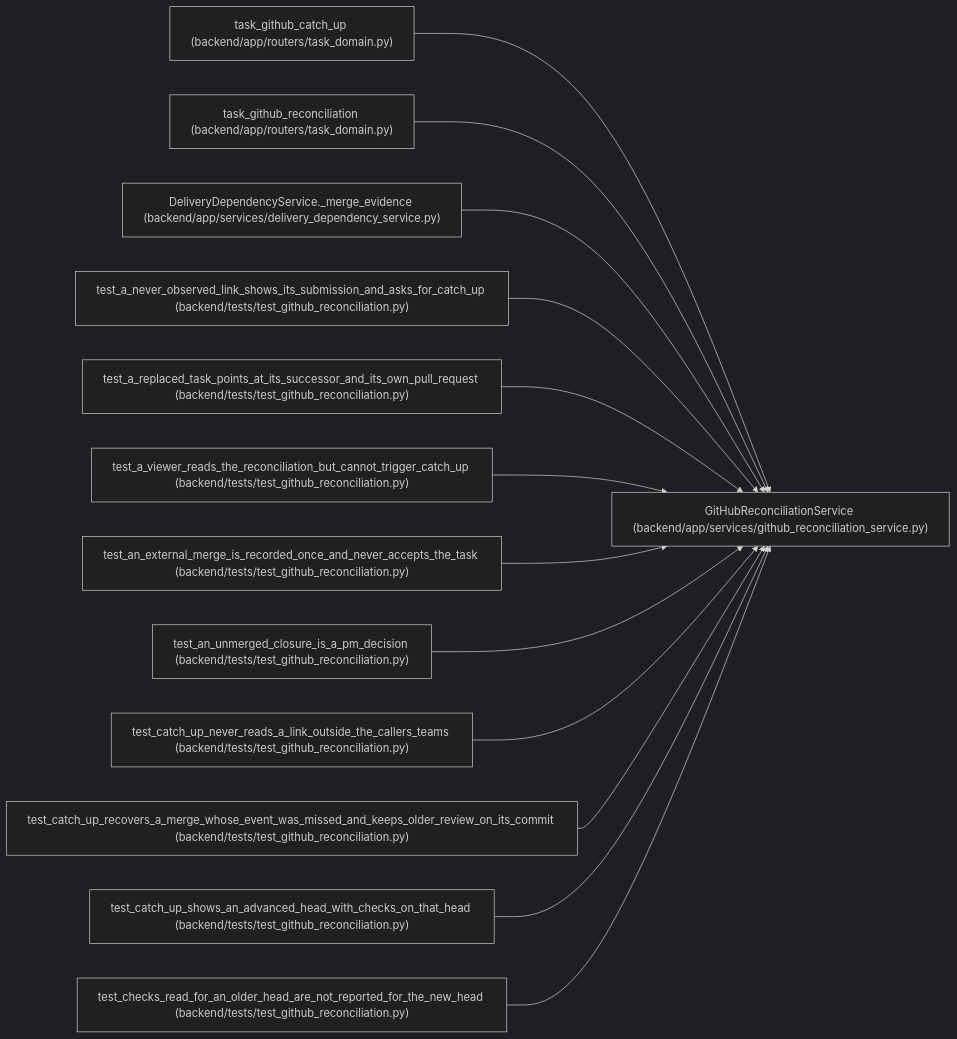
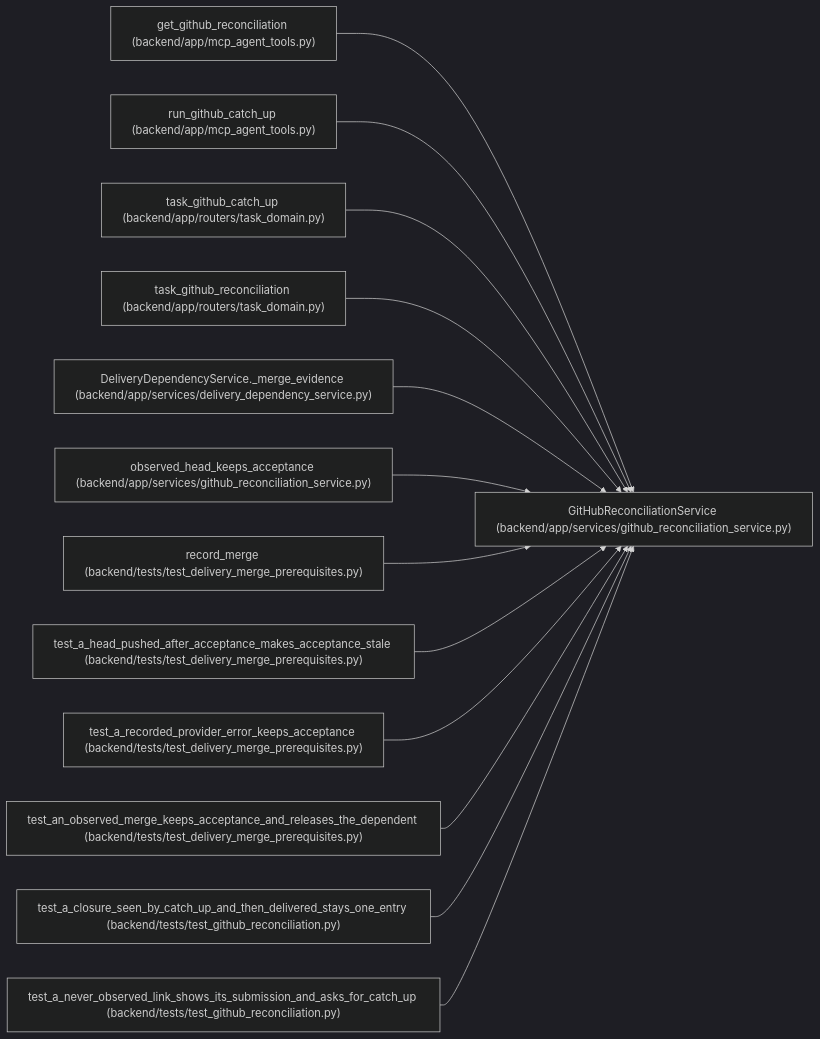
One commit to Denissvgn/WorkChord changed the diagram in docs/llm_wiki/entities/GitHubReconciliationService.md. Above: the diagram before and after it, drawn with Mermaid (dark theme). The commit also changed other lines of this file and 1420 other files, not shown here.

First line of the commit message:
Refresh the architectural wiki for the 1.10.0 changes

````diff
--- a/docs/llm_wiki/entities/GitHubReconciliationService.md
+++ b/docs/llm_wiki/entities/GitHubReconciliationService.md
@@ -32,41 +32,41 @@
 ```mermaid
 flowchart LR
     n0["GitHubReconciliationService (backend/app/services/github_reconciliation_service.py)"]
-    n1["task_github_catch_up (backend/app/routers/task_domain.py)"]
-    n2["task_github_reconciliation (backend/app/routers/task_domain.py)"]
-    n3["DeliveryDependencyService._merge_evidence (backend/app/services/delivery_dependency_service.py)"]
-    n4["test_a_never_observed_link_shows_its_submission_and_asks_for_catch_up (backend/tests/test_github_reconciliation.py)"]
-    n5["test_a_replaced_task_points_at_its_successor_and_its_own_pull_request (backend/tests/test_github_reconciliation.py)"]
-    n6["test_a_viewer_reads_the_reconciliation_but_cannot_trigger_catch_up (backend/tests/test_github_reconciliation.py)"]
-    n7["test_an_external_merge_is_recorded_once_and_never_accepts_the_task (backend/tests/test_github_reconciliation.py)"]
-    n8["test_an_unmerged_closure_is_a_pm_decision (backend/tests/test_github_reconciliation.py)"]
-    n9["test_catch_up_never_reads_a_link_outside_the_callers_teams (backend/tests/test_github_reconciliation.py)"]
-    n10["test_catch_up_recovers_a_merge_whose_event_was_missed_and_keeps_older_review_on_its_commit (backend/tests/test_github_reconciliation.py)"]
-    n11["test_catch_up_shows_an_advanced_head_with_checks_on_that_head (backend/tests/test_github_reconciliation.py)"]
-    n12["test_checks_read_for_an_older_head_are_not_reported_for_the_new_head (backend/tests/test_github_reconciliation.py)"]
+    n1["get_github_reconciliation (backend/app/mcp_agent_tools.py)"]
+    n2["run_github_catch_up (backend/app/mcp_agent_tools.py)"]
+    n3["task_github_catch_up (backend/app/routers/task_domain.py)"]
+    n4["task_github_reconciliation (backend/app/routers/task_domain.py)"]
+    n5["DeliveryDependencyService._merge_evidence (backend/app/services/delivery_dependency_service.py)"]
+    n6["observed_head_keeps_acceptance (backend/app/services/github_reconciliation_service.py)"]
+    n7["record_merge (backend/tests/test_delivery_merge_prerequisites.py)"]
+    n8["test_a_head_pushed_after_acceptance_makes_acceptance_stale (backend/tests/test_delivery_merge_prerequisites.py)"]
+    n9["test_a_recorded_provider_error_keeps_acceptance (backend/tests/test_delivery_merge_prerequisites.py)"]
+    n10["test_an_observed_merge_keeps_acceptance_and_releases_the_dependent (backend/tests/test_delivery_merge_prerequisites.py)"]
+    n11["test_a_closure_seen_by_catch_up_and_then_delivered_stays_one_entry (backend/tests/test_github_reconciliation.py)"]
+    n12["test_a_never_observed_link_shows_its_submission_and_asks_for_catch_up (backend/tests/test_github_reconciliation.py)"]
     n1 --> n0
     n2 --> n0
     n3 --> n0
     n4 --> n0
     n5 --> n0
     n6 --> n0
     n7 --> n0
     n8 --> n0
     n9 --> n0
     n10 --> n0
     n11 --> n0
     n12 --> n0
     click n0 "../modules/github_reconciliation_service.md"
-    click n1 "../modules/routers_task_domain.md"
-    click n2 "../modules/routers_task_domain.md"
-    click n3 "../modules/delivery_dependency_service.md"
-    click n4 "../modules/test_github_reconciliation.md"
-    click n5 "../modules/test_github_reconciliation.md"
-    click n6 "../modules/test_github_reconciliation.md"
-    click n7 "../modules/test_github_reconciliation.md"
-    click n8 "../modules/test_github_reconciliation.md"
-    click n9 "../modules/test_github_reconciliation.md"
-    click n10 "../modules/test_github_reconciliation.md"
+    click n1 "../modules/mcp_agent_tools.md"
+    click n2 "../modules/mcp_agent_tools.md"
+    click n3 "../modules/routers_task_domain.md"
+    click n4 "../modules/routers_task_domain.md"
+    click n5 "../modules/delivery_dependency_service.md"
+    click n6 "../modules/github_reconciliation_service.md"
+    click n7 "../modules/test_delivery_merge_prerequisites.md"
+    click n8 "../modules/test_delivery_merge_prerequisites.md"
+    click n9 "../modules/test_delivery_merge_prerequisites.md"
+    click n10 "../modules/test_delivery_merge_prerequisites.md"
     click n11 "../modules/test_github_reconciliation.md"
     click n12 "../modules/test_github_reconciliation.md"
 ```
````
